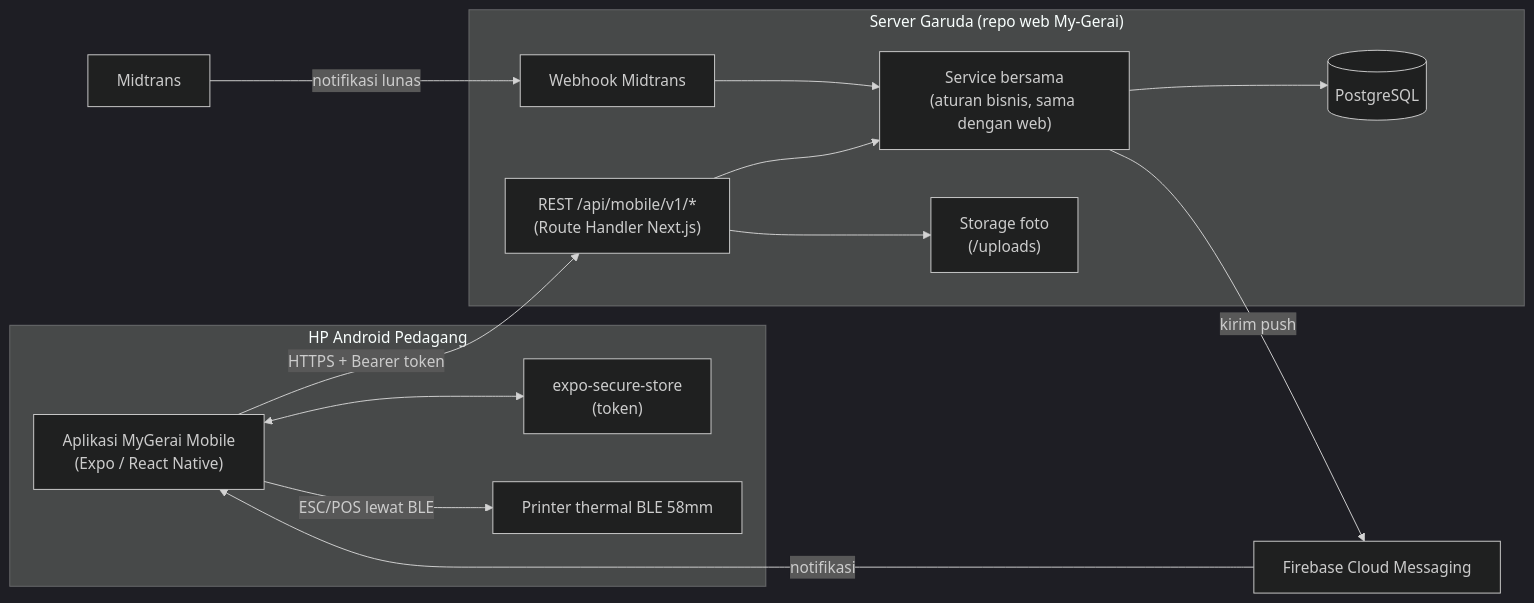
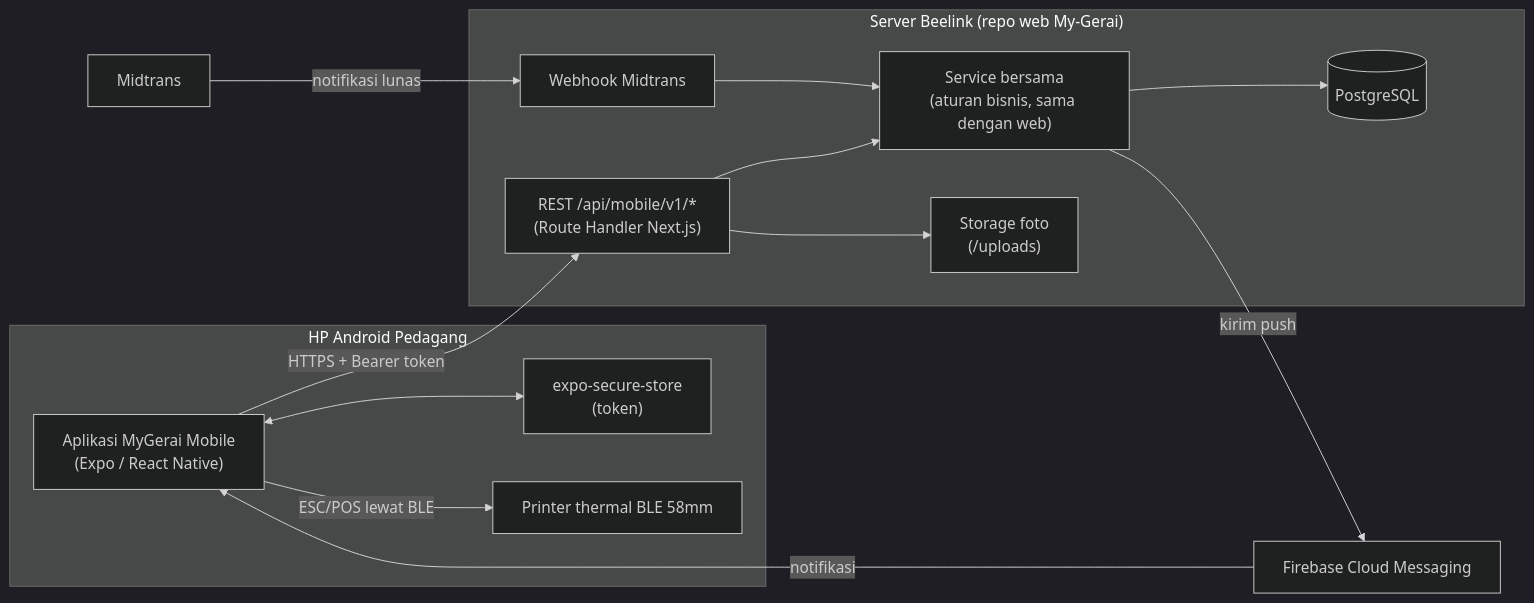
The diagram in docs/ARSITEKTUR-SISTEM.md (WeirdoKitten/My-Gerai-Mobile), drawn with Mermaid (dark theme) before and after one commit. The commit also changed 6 other files, not shown here.

First line of the commit message:
ci: tambah GitHub Actions dan catat pindah backend ke server Beelink

````diff
--- a/docs/ARSITEKTUR-SISTEM.md
+++ b/docs/ARSITEKTUR-SISTEM.md
@@ -7,27 +7,27 @@
 ```mermaid
 flowchart LR
     subgraph HP["HP Android Pedagang"]
         App["Aplikasi MyGerai Mobile\n(Expo / React Native)"]
         Secure["expo-secure-store\n(token)"]
         Printer["Printer thermal BLE 58mm"]
     end
 
-    subgraph Server["Server Garuda (repo web My-Gerai)"]
+    subgraph Server["Server Beelink (repo web My-Gerai)"]
         API["REST /api/mobile/v1/*\n(Route Handler Next.js)"]
         Service["Service bersama\n(aturan bisnis, sama dengan web)"]
         DB[("PostgreSQL")]
         Uploads["Storage foto\n(/uploads)"]
         Webhook["Webhook Midtrans"]
     end
 
     FCM["Firebase Cloud Messaging"]
     Midtrans["Midtrans"]
 
     App -- "HTTPS + Bearer token" --> API
     App <--> Secure
     App -- "ESC/POS lewat BLE" --> Printer
     API --> Service --> DB
     API --> Uploads
     Midtrans -- "notifikasi lunas" --> Webhook --> Service
     Service -- "kirim push" --> FCM -- "notifikasi" --> App
 ```
````
